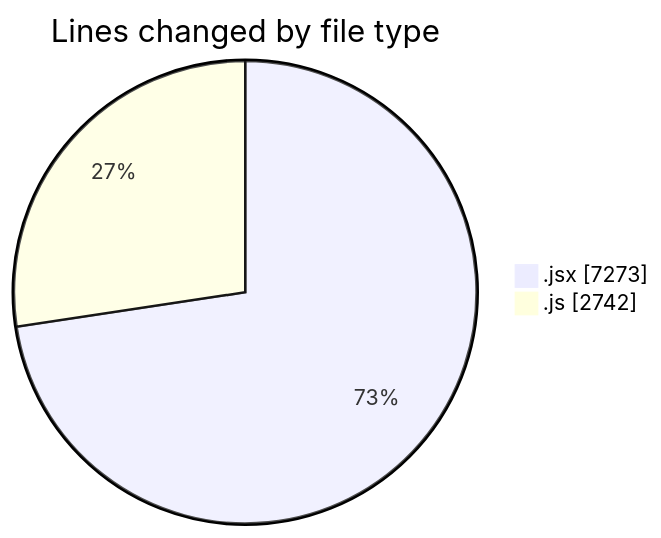
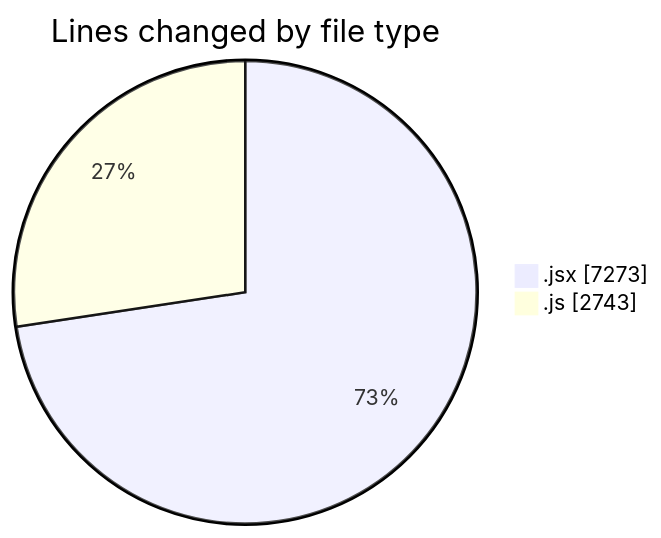
Before and after one commit to nxtqubesakshisongat/code-tracking: the first of 2 diagrams in 2025-12-11/nxtqube_webapp/README.md, drawn with Mermaid. The commit also changed other lines of this file and 1 other file, not shown here.

````diff
--- a/2025-12-11/nxtqube_webapp/README.md
+++ b/2025-12-11/nxtqube_webapp/README.md
@@ -33,6 +33,6 @@
 ```mermaid
 pie showData
 title Lines changed by file type
 ".jsx" : 7273
-".js" : 2742
+".js" : 2743
 ```
````
